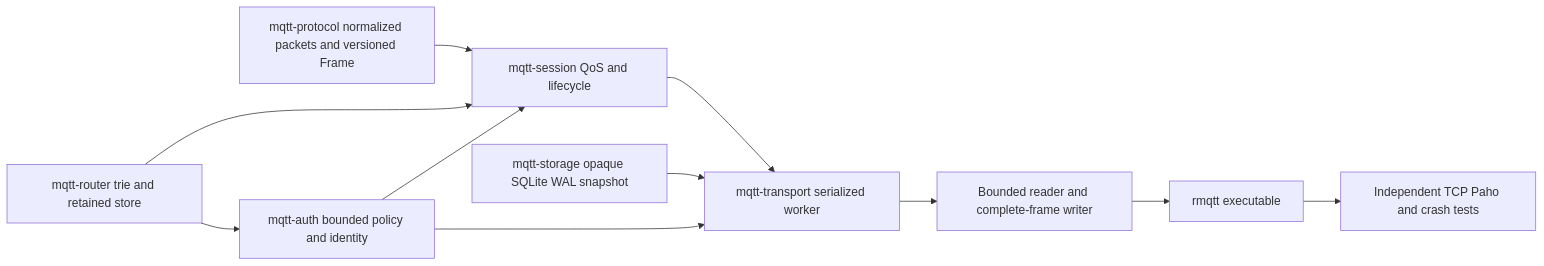
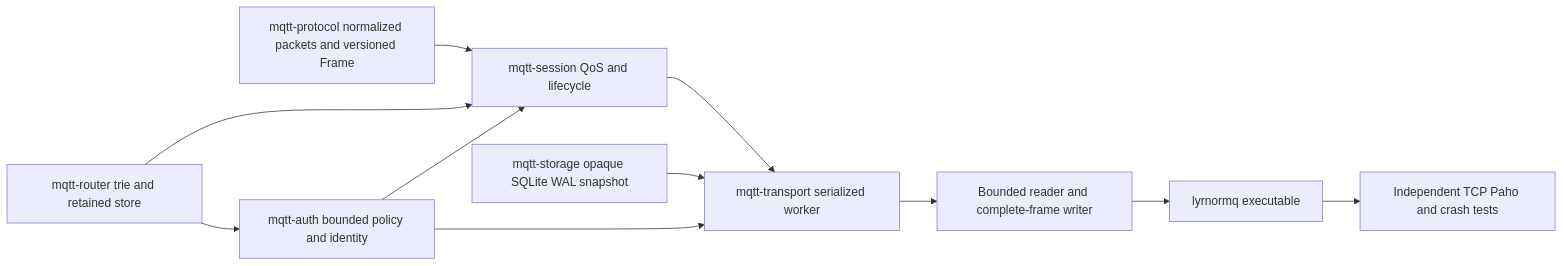
Before and after one commit to lyrnor/lyrnormq: the third of 3 diagrams in docs/architecture.md, drawn with Mermaid. The commit also changed other lines of this file and 969 other files, not shown here.

````diff
--- a/docs/architecture.md
+++ b/docs/architecture.md
@@ -157,13 +157,13 @@
 ```mermaid
 graph LR
   Protocol[mqtt-protocol normalized packets and versioned Frame] --> Model[mqtt-session QoS and lifecycle]
   Router[mqtt-router trie and retained store] --> Model
   Router --> Auth[mqtt-auth bounded policy and identity]
   Auth --> Model
   Auth --> Worker
   Model --> Worker[mqtt-transport serialized worker]
   Storage[mqtt-storage opaque SQLite WAL snapshot] --> Worker
   Worker --> Network[Bounded reader and complete-frame writer]
-  Network --> CLI[rmqtt executable]
+  Network --> CLI[lyrnormq executable]
   CLI --> QA[Independent TCP Paho and crash tests]
 ```
````
